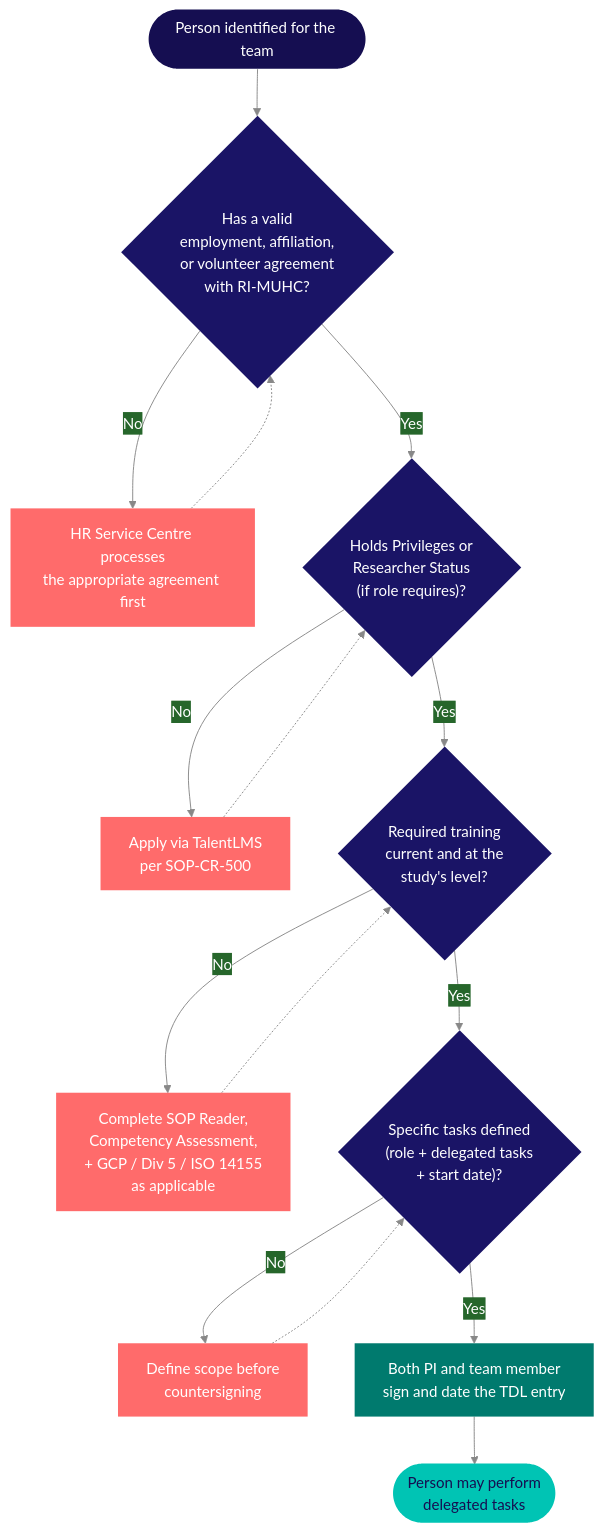
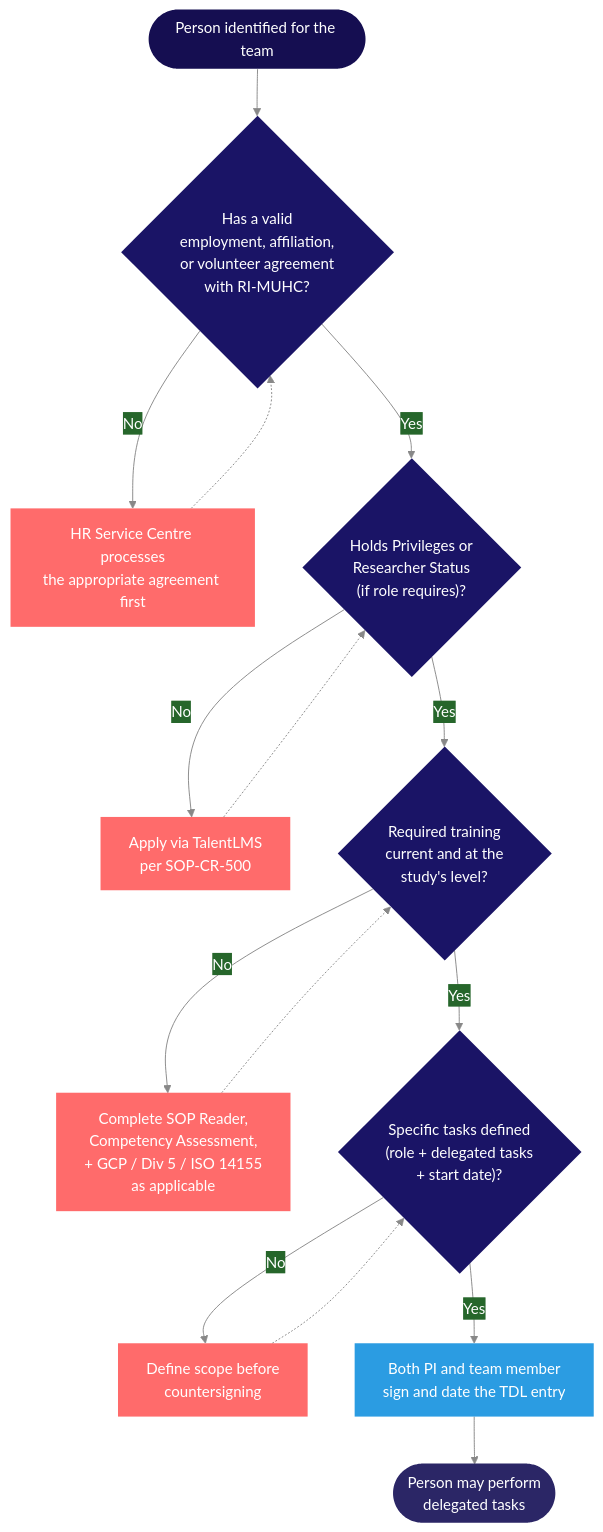
Before and after one commit to matthewfiorentino/docs: the second of 2 diagrams in kb/roles/pi-orientation.mdx, drawn with Mermaid. The commit also changed other lines of this file and 36 other files, not shown here.

````diff
--- a/kb/roles/pi-orientation.mdx
+++ b/kb/roles/pi-orientation.mdx
@@ -248,31 +248,31 @@
 ```mermaid
 %%{init: {'theme':'base','themeVariables':{'primaryColor':'#2b2666','primaryTextColor':'#ffffff','primaryBorderColor':'#2b2666','lineColor':'#888','fontFamily':'system-ui,sans-serif'}}}%%
 flowchart TD
     A(["Person identified for the team"]) --> B{"Has a valid<br/>employment, affiliation,<br/>or volunteer agreement<br/>with RI-MUHC?"}
     B -->|"No"| BX["HR Service Centre processes<br/>the appropriate agreement first"]
     B -->|"Yes"| C{"Holds Privileges or<br/>Researcher Status<br/>(if role requires)?"}
     C -->|"No"| CX["Apply via TalentLMS<br/>per SOP-CR-500"]
     C -->|"Yes"| D{"Required training<br/>current and at the<br/>study's level?"}
     D -->|"No"| DX["Complete SOP Reader,<br/>Competency Assessment,<br/>+ GCP / Div 5 / ISO 14155<br/>as applicable"]
     D -->|"Yes"| E{"Specific tasks defined<br/>(role + delegated tasks<br/>+ start date)?"}
     E -->|"No"| EX["Define scope before<br/>countersigning"]
     E -->|"Yes"| F["Both PI and team member<br/>sign and date the TDL entry"]
     F --> G(["Person may perform<br/>delegated tasks"])
 
     BX -.-> B
     CX -.-> C
     DX -.-> D
     EX -.-> E
 
     style A fill:#150e51,color:#fff,stroke:none
     style B fill:#1a1466,color:#fff,stroke:none
     style C fill:#1a1466,color:#fff,stroke:none
     style D fill:#1a1466,color:#fff,stroke:none
     style E fill:#1a1466,color:#fff,stroke:none
-    style F fill:#007a6e,color:#fff,stroke:none
-    style G fill:#00c4b4,color:#150e51,stroke:none
+    style F fill:#2b9ce2,color:#fff,stroke:none
+    style G fill:#2b2666,color:#fff,stroke:none
     style BX fill:#ff6b6b,color:#fff,stroke:none
     style CX fill:#ff6b6b,color:#fff,stroke:none
     style DX fill:#ff6b6b,color:#fff,stroke:none
     style EX fill:#ff6b6b,color:#fff,stroke:none
 ```
````
